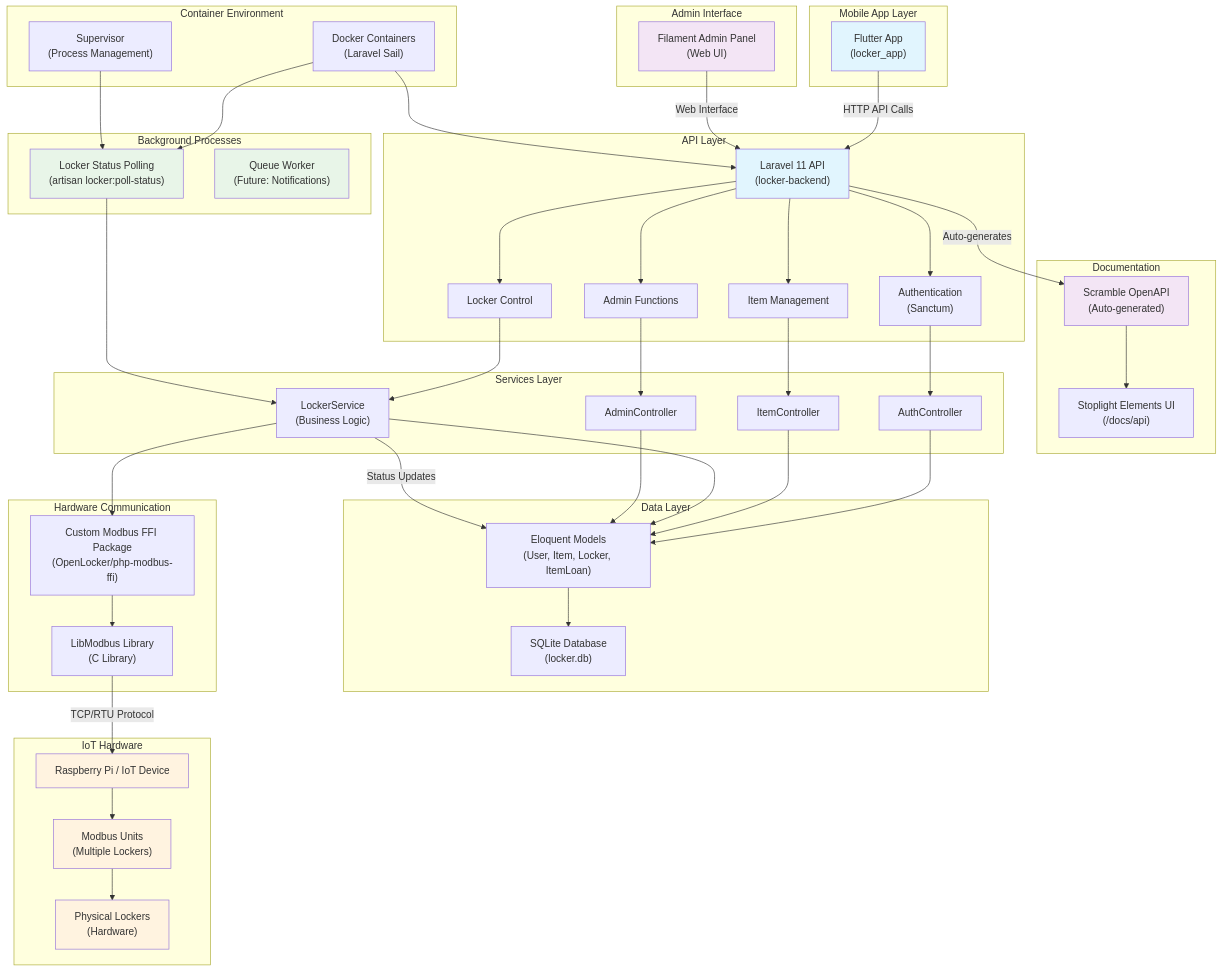
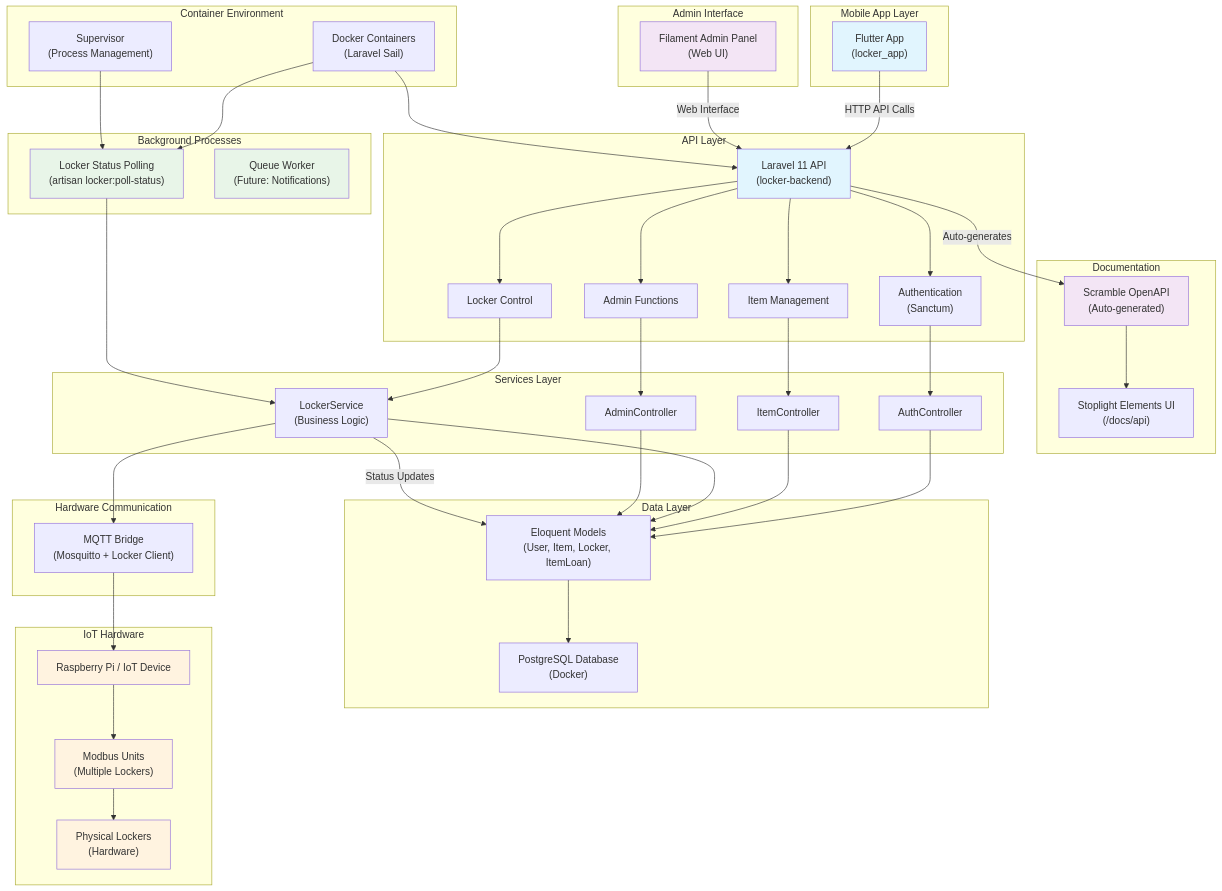
The diagram in docs/Architecture.md (Open-Locker/Open-Locker), drawn with Mermaid before and after one commit. The commit also changed other lines of this file and 14 other files, not shown here.

```diff
--- a/docs/Architecture.md
+++ b/docs/Architecture.md
@@ -45,12 +45,11 @@
     
     subgraph "Data Layer"
         Models["Eloquent Models<br/>(User, Item, Locker, ItemLoan)"]
-        SQLite["SQLite Database<br/>(locker.db)"]
+        PostgresDB["PostgreSQL Database<br/>(Docker)"]
     end
     
     subgraph "Hardware Communication"
-        ModbusFFI["Custom Modbus FFI Package<br/>(OpenLocker/php-modbus-ffi)"]
-        LibModbus["LibModbus Library<br/>(C Library)"]
+        MqttBridge["MQTT Bridge<br/>(Mosquitto + Locker Client)"]
     end
     
     subgraph "IoT Hardware"
@@ -88,12 +87,11 @@
     ItemService --> Models
     LockerService --> Models
     AdminService --> Models
-    Models --> SQLite
+    Models --> PostgresDB
     
-    %% Hardware Communication
-    LockerService --> ModbusFFI
-    ModbusFFI --> LibModbus
-    LibModbus -->|TCP/RTU Protocol| RaspberryPi
+    %% Hardware Communication (via MQTT + Locker Client)
+    LockerService --> MqttBridge
+    MqttBridge --> RaspberryPi
     RaspberryPi --> ModbusUnits
     ModbusUnits --> PhysicalLockers
     
```
